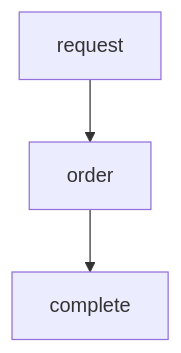
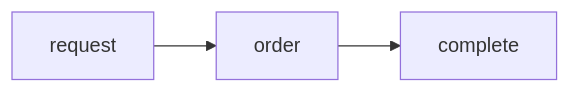
One commit to ricardodarocha/Rust changed the diagram in DesignPattern/Readme.md. Above: the diagram before and after it, drawn with Mermaid.

````diff
--- a/DesignPattern/Readme.md
+++ b/DesignPattern/Readme.md
@@ -202,5 +202,5 @@
 ```mermaid
-graph TD;
+graph LR;
 request-->order;
 order-->complete;
 ```
````
